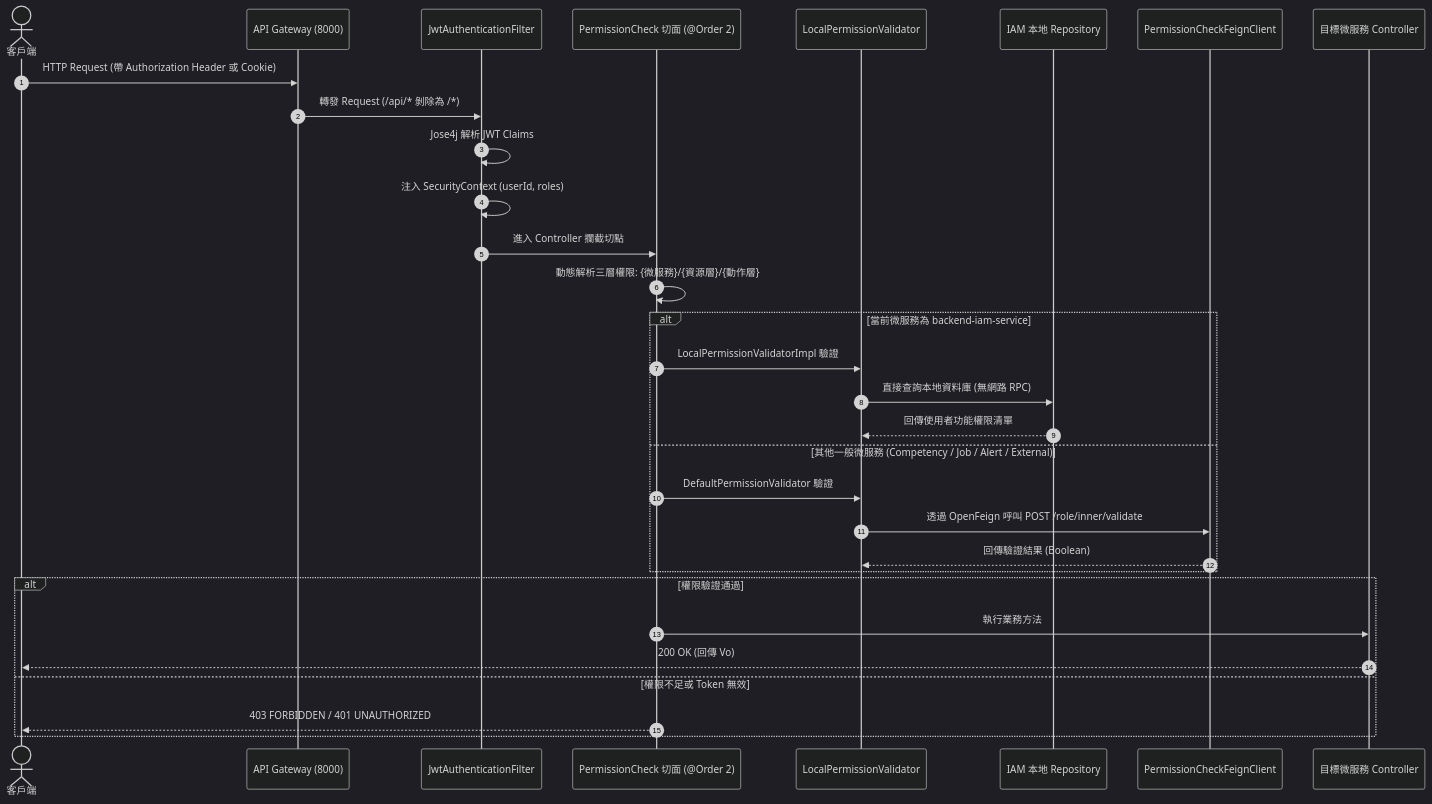
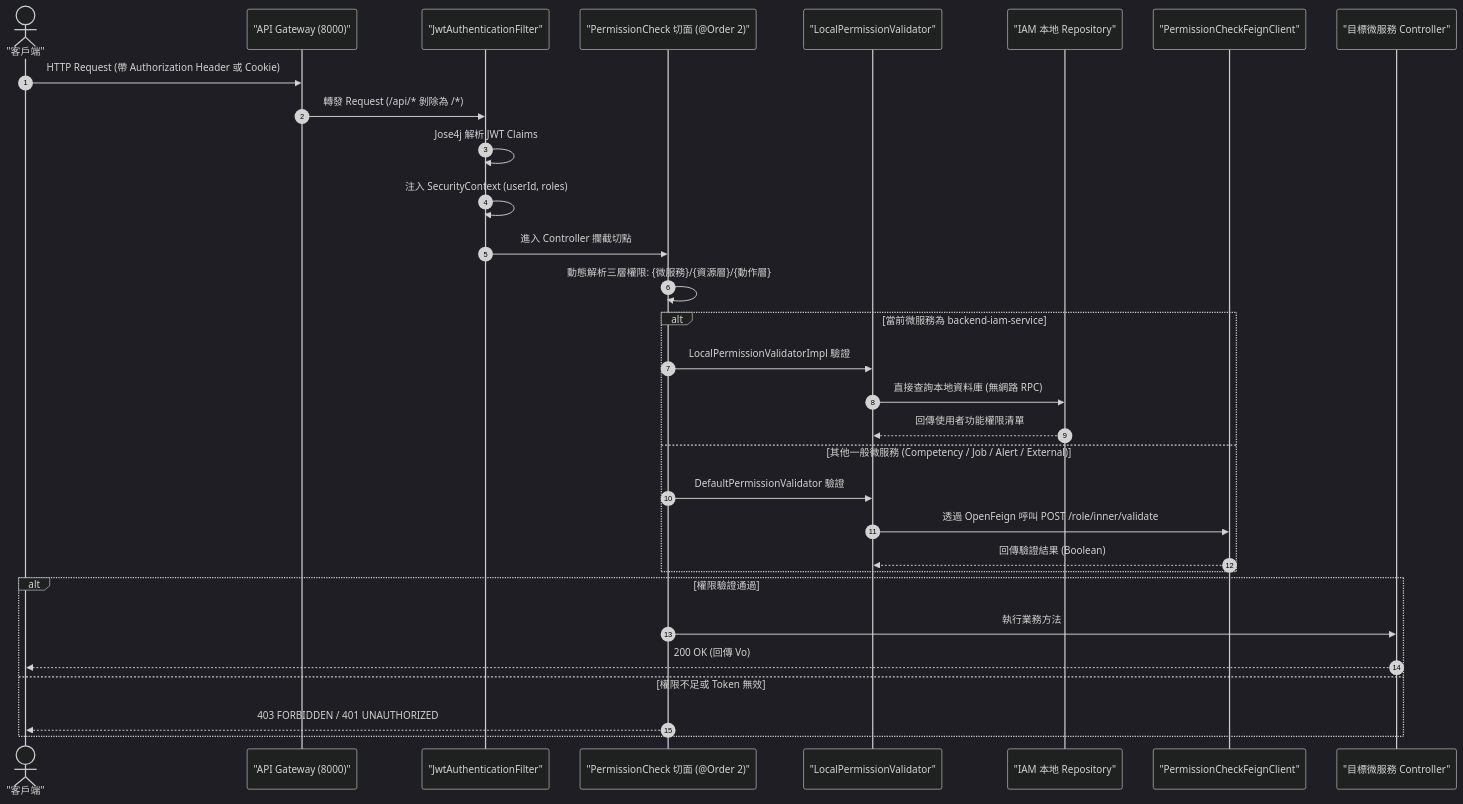
The eighth of 14 diagrams in README.md (twinatrick/Backend-Architecture-Lab), drawn with Mermaid (dark theme) before and after one commit. The commit also changed other lines of this file, not shown here.

Commit message:
docs: fix mermaid syntax errors in README.md

````diff
--- a/README.md
+++ b/README.md
@@ -599,38 +599,38 @@
 ```mermaid
 sequenceDiagram
     autonumber
-    actor Client as 客戶端
-    participant GW as API Gateway (8000)
-    participant Filter as JwtAuthenticationFilter
-    participant AOP as PermissionCheck 切面 (@Order 2)
-    participant Validator as LocalPermissionValidator
-    participant IAMRepo as IAM 本地 Repository
-    participant IAMFeign as PermissionCheckFeignClient
-    participant Controller as 目標微服務 Controller
+    actor Client as "客戶端"
+    participant GW as "API Gateway (8000)"
+    participant Filter as "JwtAuthenticationFilter"
+    participant AOP as "PermissionCheck 切面 (@Order 2)"
+    participant Validator as "LocalPermissionValidator"
+    participant IAMRepo as "IAM 本地 Repository"
+    participant IAMFeign as "PermissionCheckFeignClient"
+    participant Controller as "目標微服務 Controller"
 
     Client ->> GW: HTTP Request (帶 Authorization Header 或 Cookie)
     GW ->> Filter: 轉發 Request (/api/* 剝除為 /*)
     
     Filter ->> Filter: Jose4j 解析 JWT Claims
     Filter ->> Filter: 注入 SecurityContext (userId, roles)
     
     Filter ->> AOP: 進入 Controller 攔截切點
     AOP ->> AOP: 動態解析三層權限: {微服務}/{資源層}/{動作層}
 
     alt 當前微服務為 backend-iam-service
         AOP ->> Validator: LocalPermissionValidatorImpl 驗證
         Validator ->> IAMRepo: 直接查詢本地資料庫 (無網路 RPC)
         IAMRepo -->> Validator: 回傳使用者功能權限清單
     else 其他一般微服務 (Competency / Job / Alert / External)
         AOP ->> Validator: DefaultPermissionValidator 驗證
         Validator ->> IAMFeign: 透過 OpenFeign 呼叫 POST /role/inner/validate
         IAMFeign -->> Validator: 回傳驗證結果 (Boolean)
     end
 
     alt 權限驗證通過
         AOP ->> Controller: 執行業務方法
         Controller -->> Client: 200 OK (回傳 Vo)
     else 權限不足或 Token 無效
         AOP -->> Client: 403 FORBIDDEN / 401 UNAUTHORIZED
     end
 ```
````
